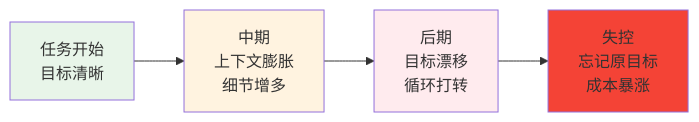
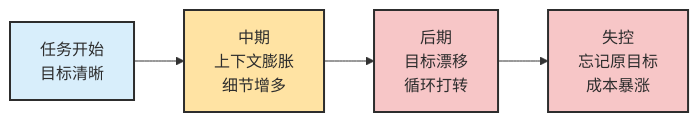
One commit to zht043/AgenticCodingTutorial changed diagram 38 of 43 in docs/chapters/ch02-concepts.md. Above: the diagram before and after it, drawn with Mermaid. The commit also changed other lines of this file and 1 other file, not shown here.

Commit message:
refine chapter 2 diagrams and agent guidance

````diff
--- a/docs/chapters/ch02-concepts.md
+++ b/docs/chapters/ch02-concepts.md
@@ -930,11 +1446,10 @@
 ```mermaid
 flowchart LR
-    Start["任务开始<br/>目标清晰"] --> Mid["中期<br/>上下文膨胀<br/>细节增多"]
-    Mid --> Late["后期<br/>目标漂移<br/>循环打转"]
-    Late --> Fail["失控<br/>忘记原目标<br/>成本暴涨"]
+    classDef good fill:#d8eefb,stroke:#2d2d2d,stroke-width:2px,color:#2d2d2d
+    classDef mid fill:#ffe3a3,stroke:#2d2d2d,stroke-width:2px,color:#2d2d2d
+    classDef bad fill:#f7c6c7,stroke:#2d2d2d,stroke-width:2px,color:#2d2d2d
 
-    style Start fill:#e8f5e9
-    style Mid fill:#fff3e0
-    style Late fill:#ffebee
-    style Fail fill:#f44336
+    Start["任务开始<br/>目标清晰"]:::good --> Mid["中期<br/>上下文膨胀<br/>细节增多"]:::mid
+    Mid --> Late["后期<br/>目标漂移<br/>循环打转"]:::bad
+    Late --> Fail["失控<br/>忘记原目标<br/>成本暴涨"]:::bad
 ```
````
